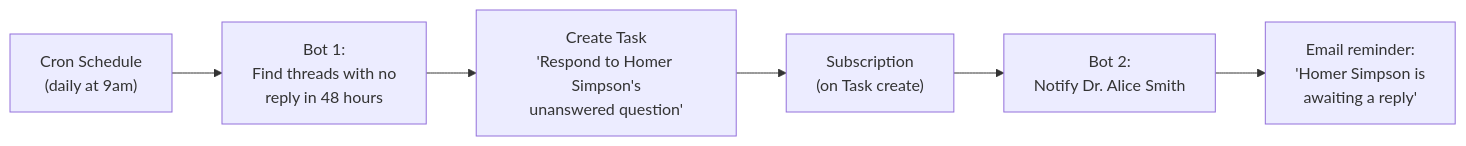
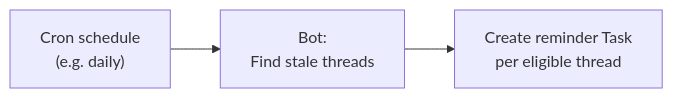
The second of 2 diagrams in packages/docs/docs/communications/messaging-automations.mdx (medplum/medplum), drawn with Mermaid before and after one commit. The commit also changed other lines of this file and 1 other file, not shown here.

````diff
--- a/packages/docs/docs/communications/messaging-automations.mdx
+++ b/packages/docs/docs/communications/messaging-automations.mdx
@@ -90,8 +77,5 @@
 ```mermaid
 flowchart LR
-    Cron["Cron Schedule<br/>(daily at 9am)"] --> Bot1["Bot 1:<br/>Find threads with no<br/>reply in 48 hours"]
-    Bot1 --> CreateTask["Create Task<br/>'Respond to Homer Simpson's<br/>unanswered question'"]
-    CreateTask --> Sub["Subscription<br/>(on Task create)"]
-    Sub --> Bot2["Bot 2:<br/>Notify Dr. Alice Smith"]
-    Bot2 --> Email["Email reminder:<br/>'Homer Simpson is<br/>awaiting a reply'"]
+    Cron["Cron schedule<br/>(e.g. daily)"] --> Bot["Bot:<br/>Find stale threads"]
+    Bot --> CreateTask["Create reminder Task<br/>per eligible thread"]
 ```
````
